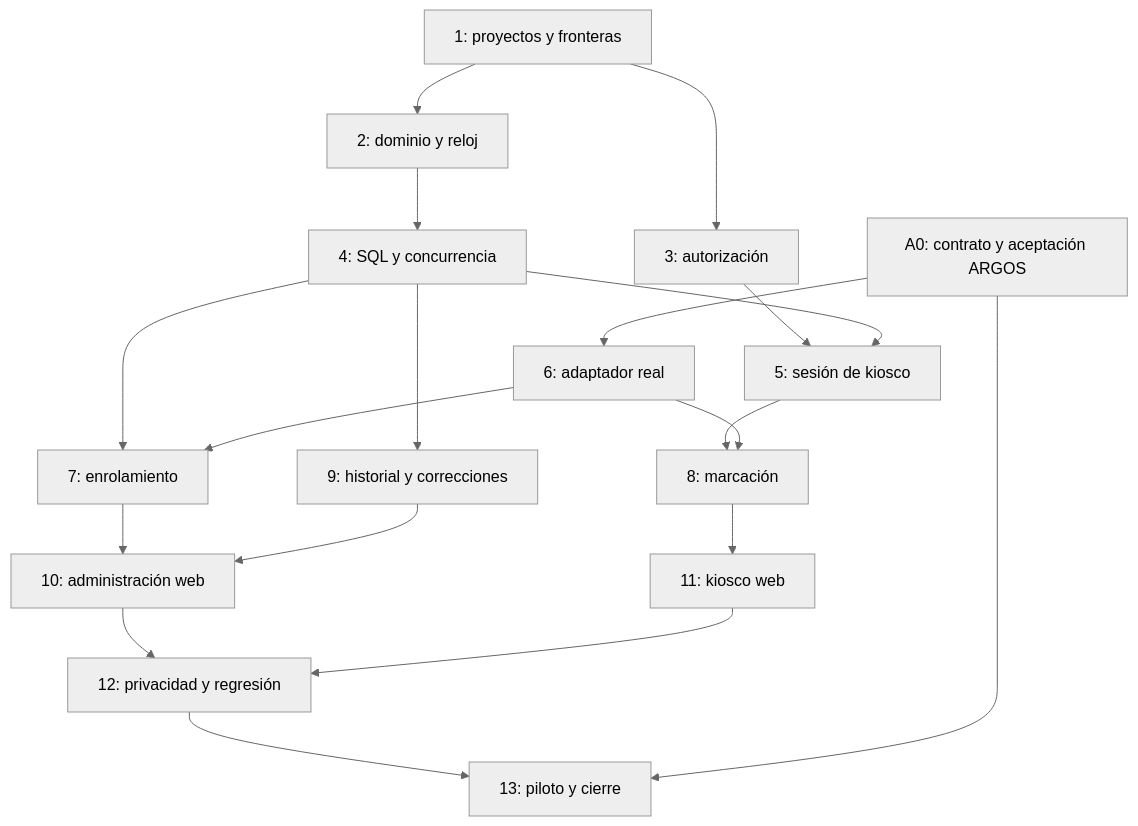
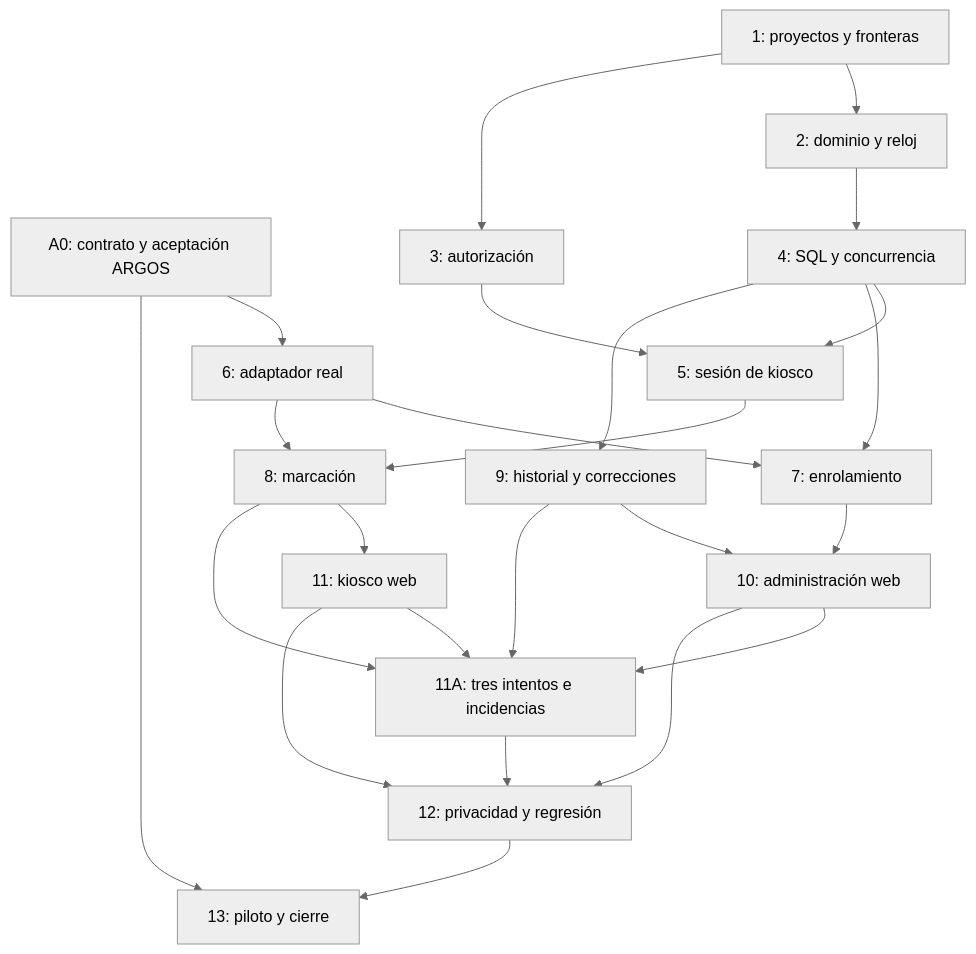
The diagram in docs/superpowers/plans/2026-09-25-control-acceso-fase1.md (luicahleo/trajano-icarus), drawn with Mermaid (neutral theme) before and after one commit. The commit also changed other lines of this file and 2 other files, not shown here.

Commit message:
docs(control-acceso): planifica tres intentos e incidencias

````diff
--- a/docs/superpowers/plans/2026-09-25-control-acceso-fase1.md
+++ b/docs/superpowers/plans/2026-09-25-control-acceso-fase1.md
@@ -45,21 +45,26 @@
 ```mermaid
 flowchart TD
     A0["A0: contrato y aceptación ARGOS"] --> T6["6: adaptador real"]
     T1["1: proyectos y fronteras"] --> T2["2: dominio y reloj"]
     T1 --> T3["3: autorización"]
     T2 --> T4["4: SQL y concurrencia"]
     T3 --> T5["5: sesión de kiosco"]
     T4 --> T5
     T4 --> T7["7: enrolamiento"]
     T6 --> T7
     T5 --> T8["8: marcación"]
     T6 --> T8
     T4 --> T9["9: historial y correcciones"]
     T7 --> T10["10: administración web"]
     T9 --> T10
     T8 --> T11["11: kiosco web"]
+    T8 --> T11A["11A: tres intentos e incidencias"]
+    T9 --> T11A
+    T10 --> T11A
+    T11 --> T11A
     T10 --> T12["12: privacidad y regresión"]
     T11 --> T12
+    T11A --> T12
     T12 --> T13["13: piloto y cierre"]
     A0 --> T13
 ```
````
